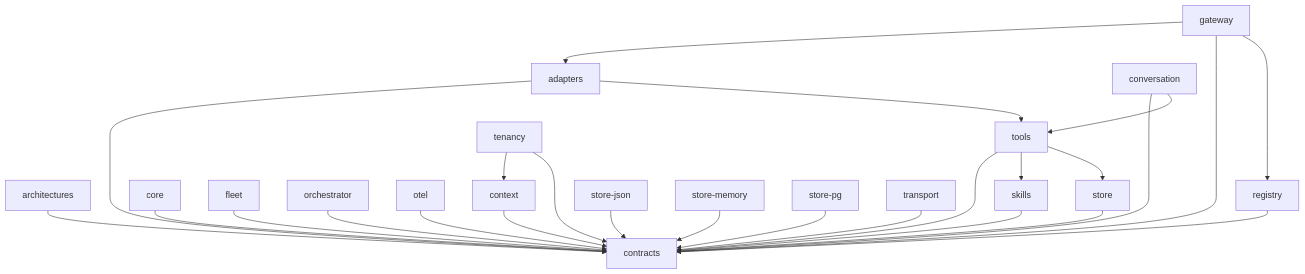
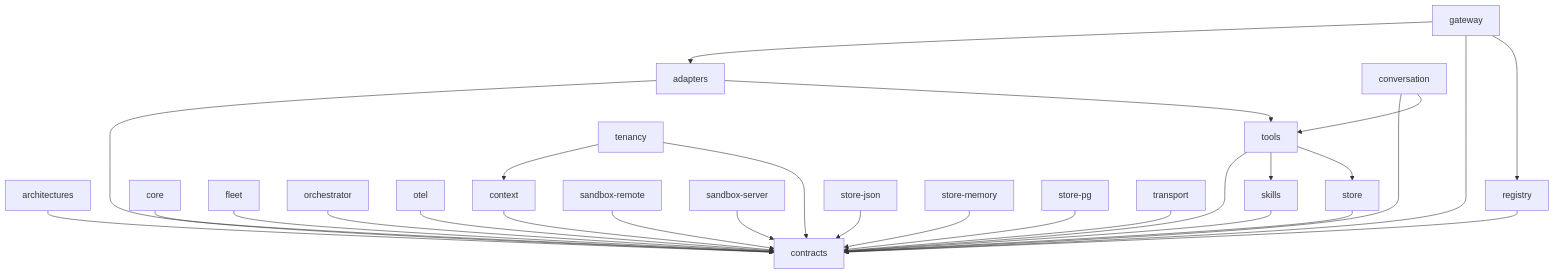
One commit to donggyun112/nexora changed the diagram in docs/architecture/packages-map.md. Above: the diagram before and after it, drawn with Mermaid. The commit also changed other lines of this file and 31 other files, not shown here.

First line of the commit message:
feat(sandbox): port filesystem trust boundary and remote sandbox backend

````diff
--- a/docs/architecture/packages-map.md
+++ b/docs/architecture/packages-map.md
@@ -35,28 +37,30 @@
 ```mermaid
 graph TD
   adapters --> contracts
   adapters --> tools
   architectures --> contracts
   context --> contracts
   conversation --> contracts
   conversation --> tools
   core --> contracts
   fleet --> contracts
   orchestrator --> contracts
   otel --> contracts
   skills --> contracts
+  sandbox_remote[sandbox-remote] --> contracts
+  sandbox_server[sandbox-server] --> contracts
   store --> contracts
   store_json[store-json] --> contracts
   store_memory[store-memory] --> contracts
   store_pg[store-pg] --> contracts
   tenancy --> context
   tenancy --> contracts
   tools --> contracts
   tools --> skills
   tools --> store
   transport --> contracts
   gateway --> adapters
   gateway --> contracts
   gateway --> registry
   registry --> contracts
 ```
````
